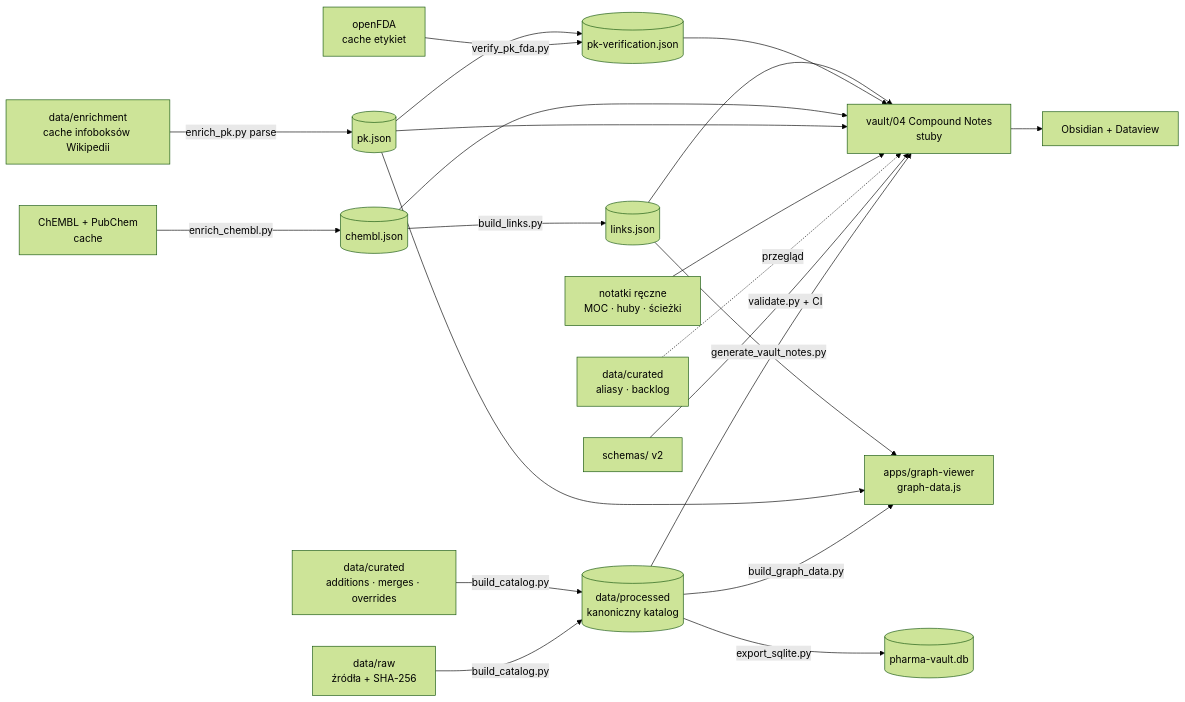
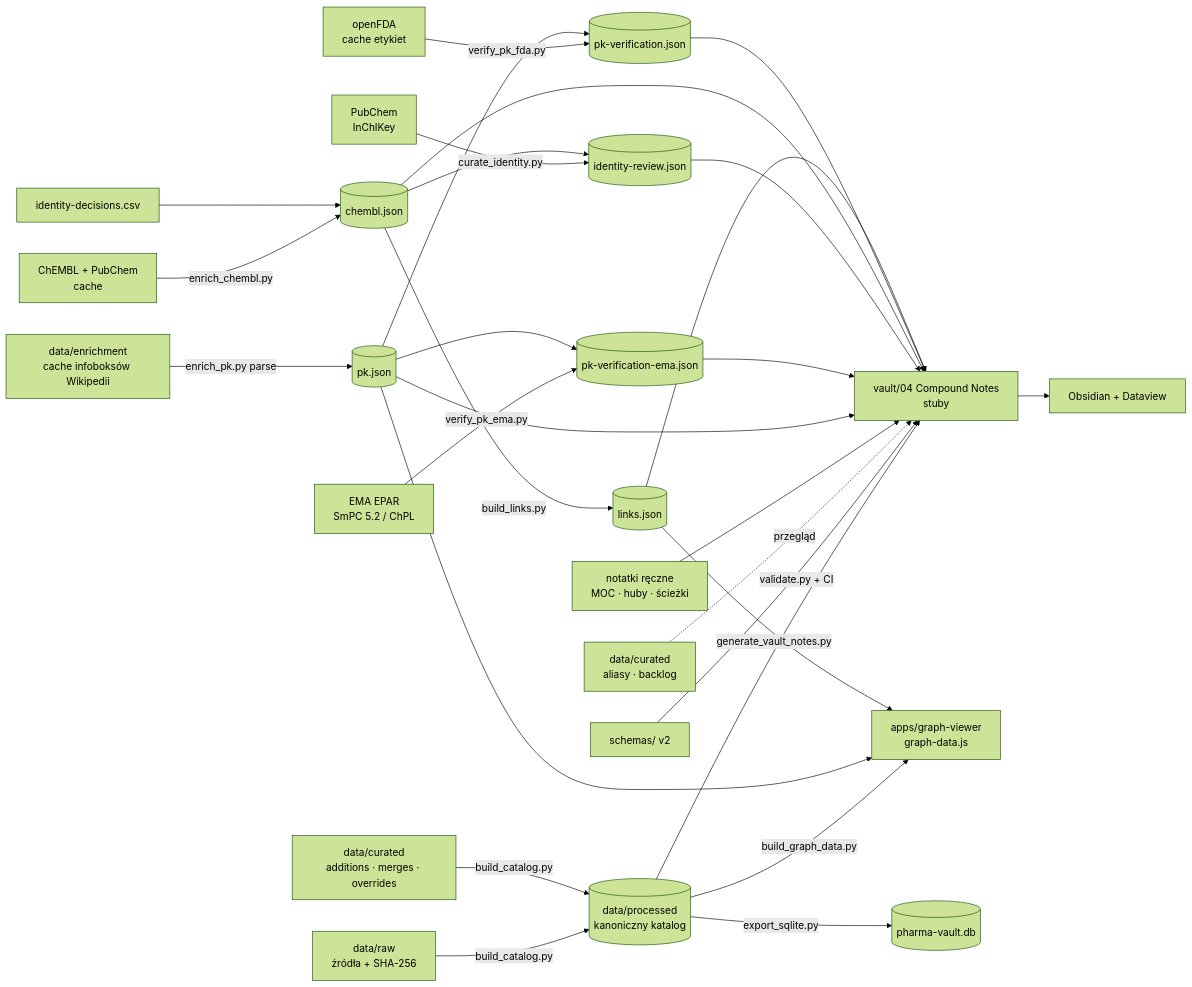
One commit to mmlsk/Pharma-vault changed the diagram in README.md. Above: the diagram before and after it, drawn with Mermaid (forest theme). The commit also changed other lines of this file and 1713 other files, not shown here.

Commit message:
v3.3: structure-level identity curation (ChEMBL vs PubChem InChIKey, EMA INN, identity-decisions.csv) + EU SmPC/ChPL PK cross-check (EMA EPAR section 5.2)

````diff
--- a/README.md
+++ b/README.md
@@ -21,23 +24,30 @@
 ```mermaid
 flowchart LR
   R[data/raw<br/>źródła + SHA-256] -->|build_catalog.py| P[(data/processed<br/>kanoniczny katalog)]
   P -->|generate_vault_notes.py| V[vault/04 Compound Notes<br/>stuby]
   S[schemas/ v2] -->|validate.py + CI| V
   C[data/curated<br/>aliasy · backlog] -.przegląd.-> V
   H[notatki ręczne<br/>MOC · huby · ścieżki] --> V
   V --> O[Obsidian + Dataview]
   W[data/enrichment<br/>cache infoboksów Wikipedii] -->|enrich_pk.py parse| K[(pk.json)]
   K --> V
   P -->|build_graph_data.py| G[apps/graph-viewer<br/>graph-data.js]
   K --> G
   A[data/curated<br/>additions · merges · overrides] -->|build_catalog.py| P
   CH[ChEMBL + PubChem<br/>cache] -->|enrich_chembl.py| CJ[(chembl.json)]
   FDA[openFDA<br/>cache etykiet] -->|verify_pk_fda.py| PV[(pk-verification.json)]
+  EMA[EMA EPAR<br/>SmPC 5.2 / ChPL] -->|verify_pk_ema.py| PE[(pk-verification-ema.json)]
+  PC[PubChem<br/>InChIKey] -->|curate_identity.py| IR[(identity-review.json)]
+  CJ --> IR
+  D[identity-decisions.csv] --> CJ
+  K --> PE
+  PE --> V
+  IR --> V
   K --> PV
   CJ -->|build_links.py| L[(links.json)]
   CJ --> V
   PV --> V
   L --> V
   L --> G
   P -->|export_sqlite.py| DB[(pharma-vault.db)]
 ```
````
